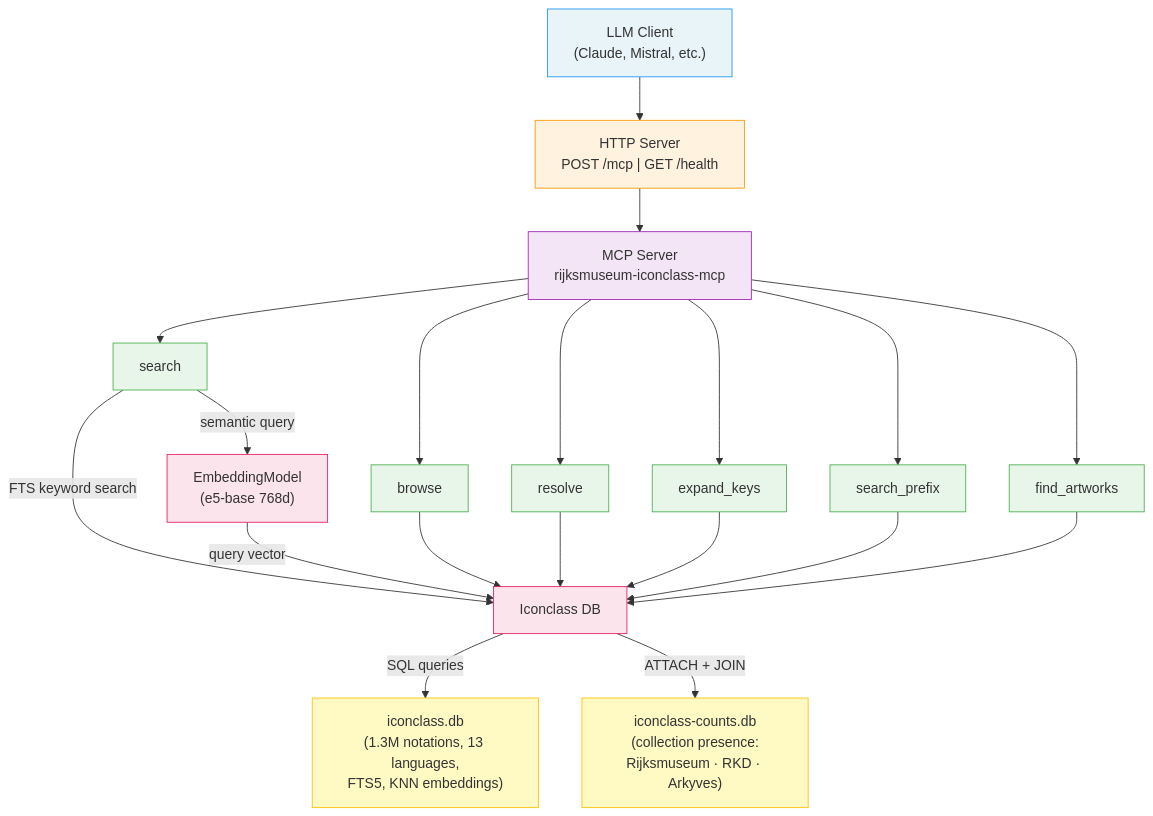
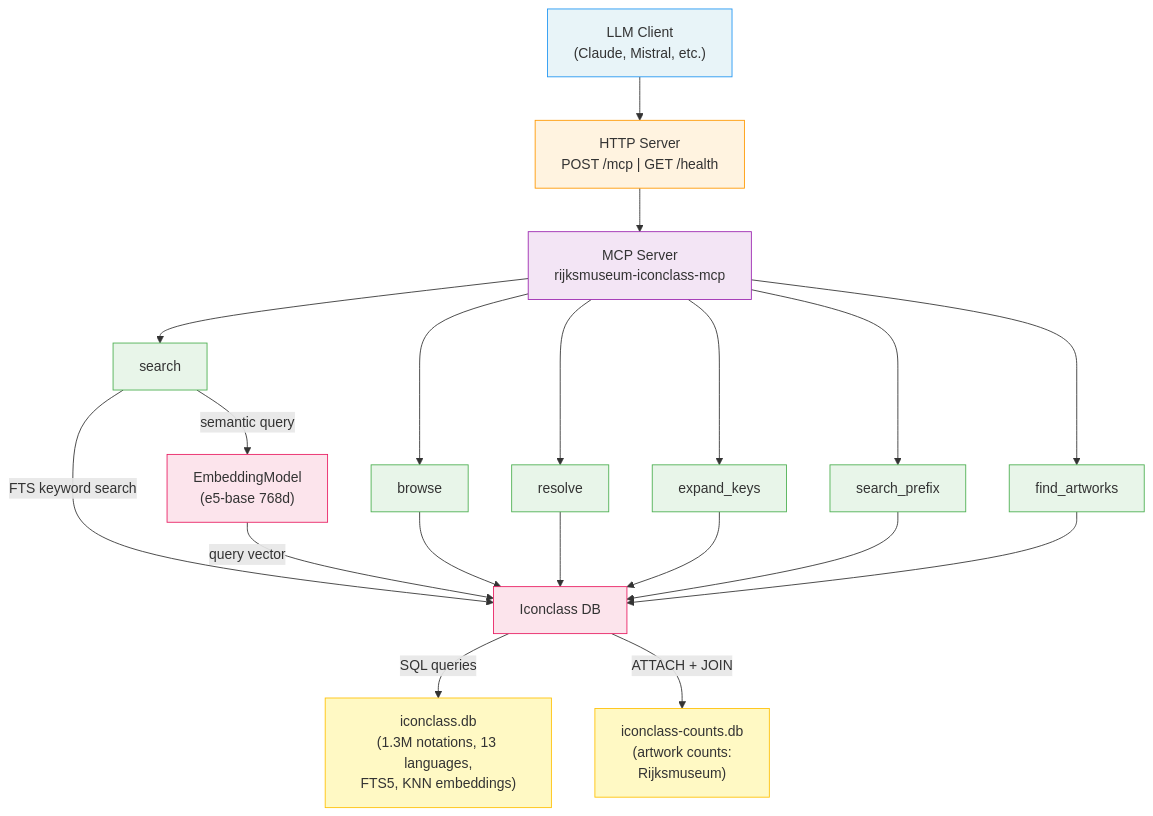
The diagram in README.md (kintopp/rijksmuseum-iconclass-mcp), drawn with Mermaid before and after one commit. The commit also changed other lines of this file and 9 other files, not shown here.

First line of the commit message:
Update docs for Rijksmuseum-only artwork counts, remove RKD/Arkyves data

````diff
--- a/README.md
+++ b/README.md
@@ -128,36 +126,36 @@
 ```mermaid
 graph TB
     Client["LLM Client<br/>(Claude, Mistral, etc.)"] --> HTTP["HTTP Server<br/>POST /mcp | GET /health"]
 
     HTTP --> MCP["MCP Server<br/>rijksmuseum-iconclass-mcp"]
 
     MCP --> T1["search"]
     MCP --> T2["browse"]
     MCP --> T3["resolve"]
     MCP --> T4["expand_keys"]
     MCP --> T5["search_prefix"]
     MCP --> T6["find_artworks"]
 
     T1 -->|"FTS keyword search"| DB["Iconclass DB"]
     T1 -->|"semantic query"| EMB["EmbeddingModel<br/>(e5-base 768d)"]
     EMB -->|"query vector"| DB
 
     T2 & T3 & T4 & T5 & T6 --> DB
 
     DB -->|"SQL queries"| MAIN["iconclass.db<br/>(1.3M notations, 13 languages,<br/>FTS5, KNN embeddings)"]
-    DB -->|"ATTACH + JOIN"| COUNTS["iconclass-counts.db<br/>(collection presence:<br/>Rijksmuseum · RKD · Arkyves)"]
+    DB -->|"ATTACH + JOIN"| COUNTS["iconclass-counts.db<br/>(artwork counts:<br/>Rijksmuseum)"]
 
     style Client fill:#e8f4f8,stroke:#2196F3
     style HTTP fill:#fff3e0,stroke:#FF9800
     style MCP fill:#f3e5f5,stroke:#9C27B0
     style T1 fill:#e8f5e9,stroke:#4CAF50
     style T2 fill:#e8f5e9,stroke:#4CAF50
     style T3 fill:#e8f5e9,stroke:#4CAF50
     style T4 fill:#e8f5e9,stroke:#4CAF50
     style T5 fill:#e8f5e9,stroke:#4CAF50
     style T6 fill:#e8f5e9,stroke:#4CAF50
     style DB fill:#fce4ec,stroke:#E91E63
     style EMB fill:#fce4ec,stroke:#E91E63
     style MAIN fill:#fff9c4,stroke:#FFC107
     style COUNTS fill:#fff9c4,stroke:#FFC107
 ```
````
